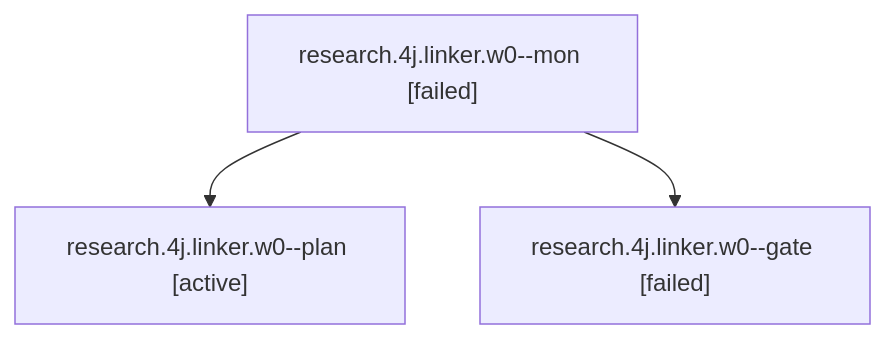
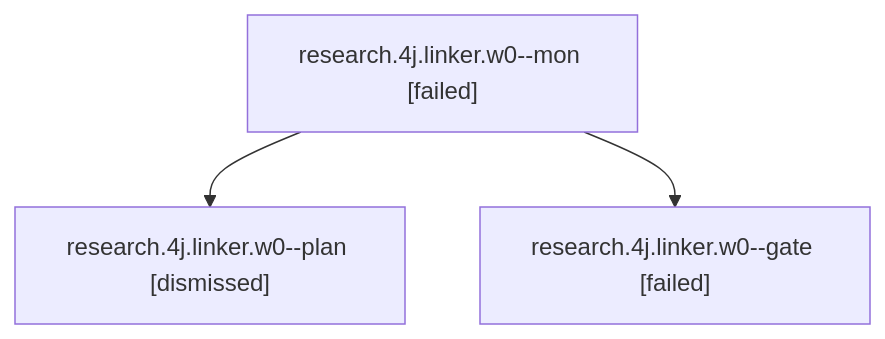
One commit to sase-org/sase--agents changed the diagram in sessions/bbugyi200.athena.research.4j.linker.w0.md. Above: the diagram before and after it, drawn with Mermaid. The commit also changed other lines of this file and 1355 other files, not shown here.

````diff
--- a/sessions/bbugyi200.athena.research.4j.linker.w0.md
+++ b/sessions/bbugyi200.athena.research.4j.linker.w0.md
@@ -9,8 +9,8 @@
 ```mermaid
 flowchart TD
   n0["research.4j.linker.w0--mon [failed]"]
-  n1["research.4j.linker.w0--plan [active]"]
+  n1["research.4j.linker.w0--plan [dismissed]"]
   n0 --> n1
   n2["research.4j.linker.w0--gate [failed]"]
   n0 --> n2
 ```
````
